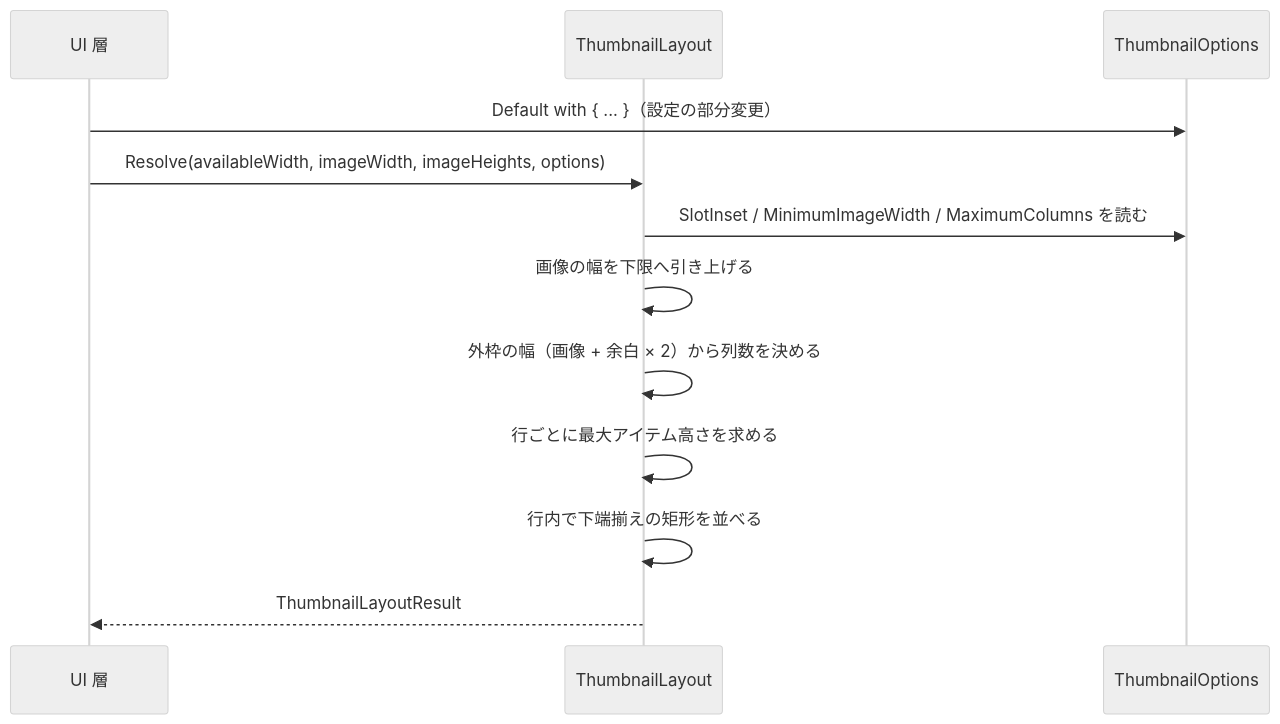
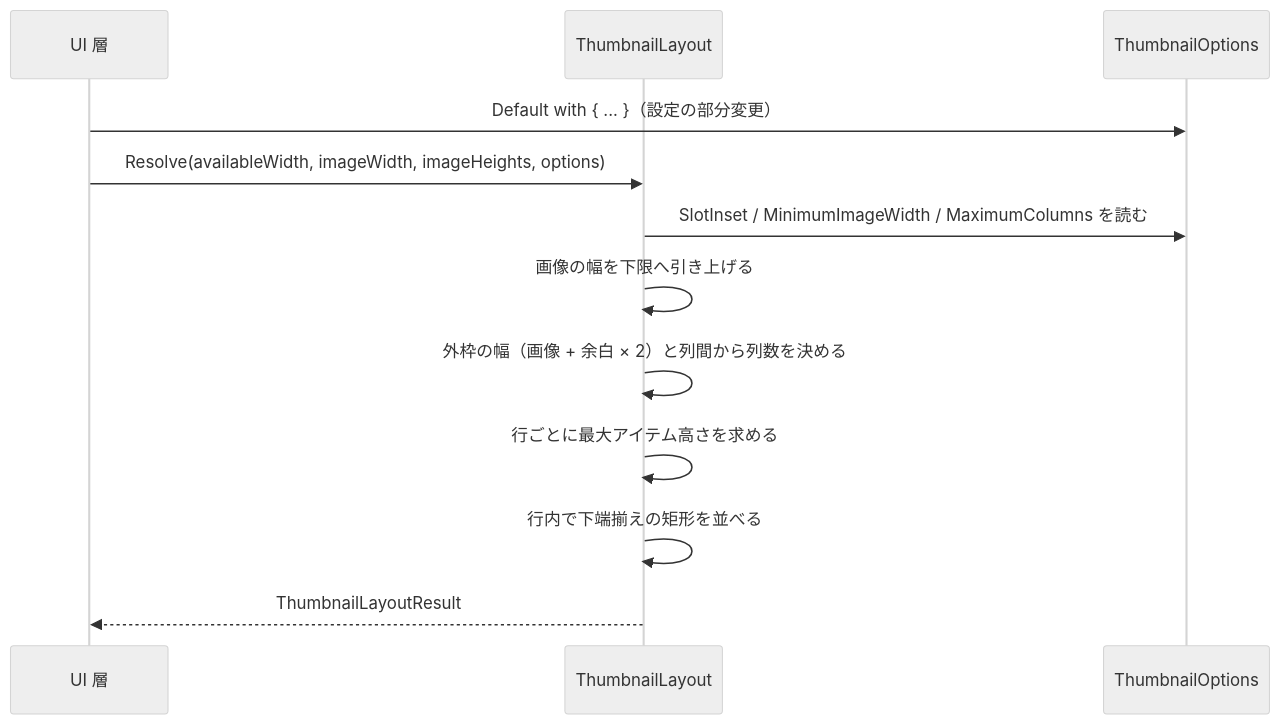
One commit to tomokuni/EsUtil changed the third of 3 diagrams in EsUtil/Feature.Thumbnail.Core/docs/SPEC_System.md. Above: the diagram before and after it, drawn with Mermaid (neutral theme). The commit also changed other lines of this file and 33 other files, not shown here.

````diff
--- a/EsUtil/Feature.Thumbnail.Core/docs/SPEC_System.md
+++ b/EsUtil/Feature.Thumbnail.Core/docs/SPEC_System.md
@@ -156,15 +157,15 @@
 ```mermaid
 sequenceDiagram
     participant UI as UI 層
     participant Layout as ThumbnailLayout
     participant Options as ThumbnailOptions
 
     UI->>Options: Default with { ... }（設定の部分変更）
     UI->>Layout: Resolve(availableWidth, imageWidth, imageHeights, options)
     Layout->>Options: SlotInset / MinimumImageWidth / MaximumColumns を読む
     Layout->>Layout: 画像の幅を下限へ引き上げる
-    Layout->>Layout: 外枠の幅（画像 + 余白 × 2）から列数を決める
+    Layout->>Layout: 外枠の幅（画像 + 余白 × 2）と列間から列数を決める
     Layout->>Layout: 行ごとに最大アイテム高さを求める
     Layout->>Layout: 行内で下端揃えの矩形を並べる
     Layout-->>UI: ThumbnailLayoutResult
 ```
````
